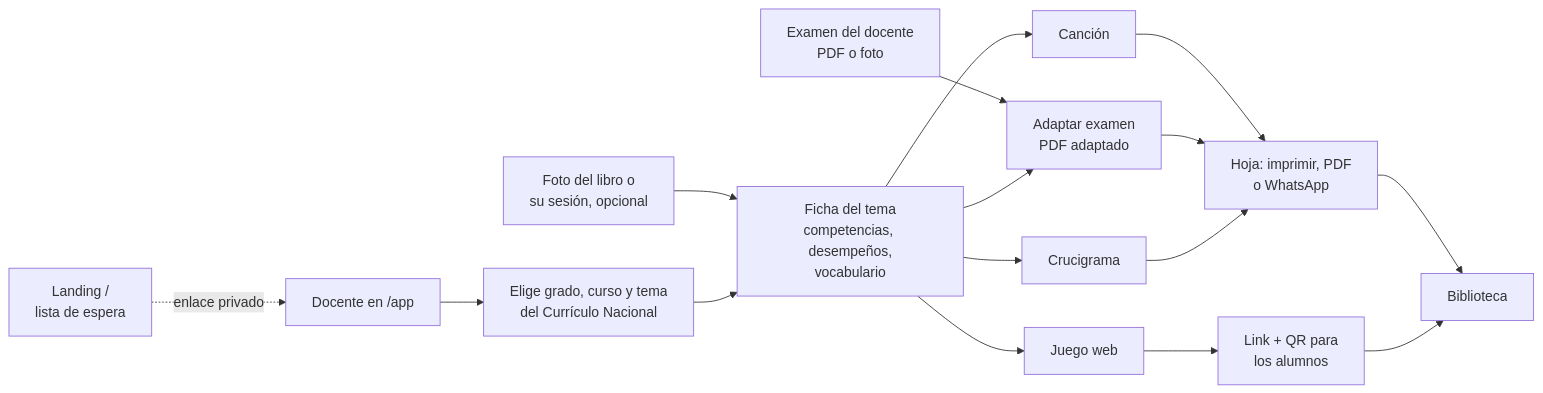
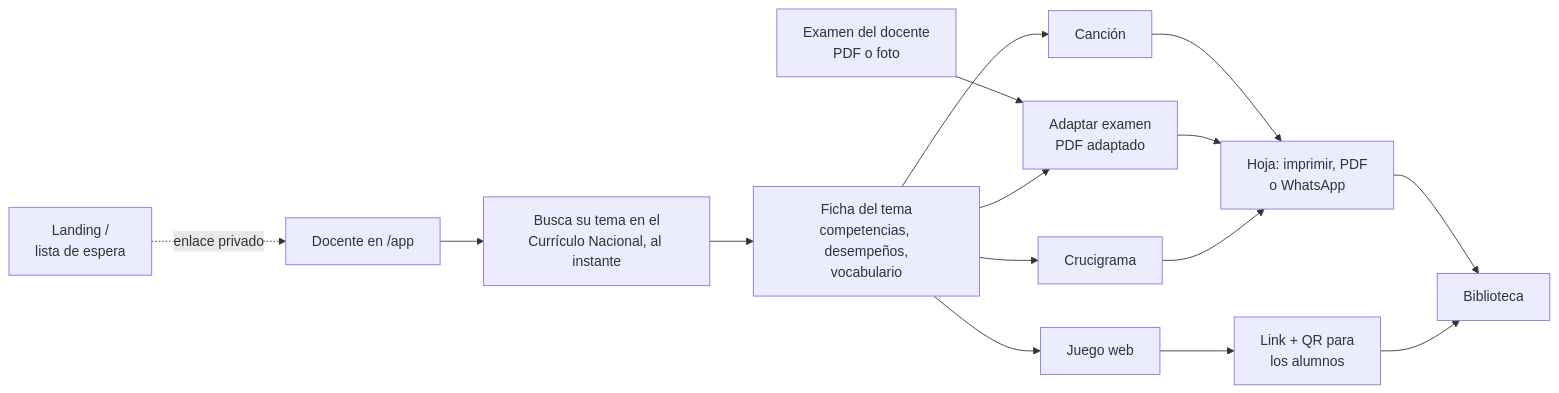
Before and after one commit to Hecze/supermentes: the diagram in obsidian/MAPA.md, drawn with Mermaid. The commit also changed other lines of this file and 17 other files, not shown here.

First line of the commit message:
Tema al instante y buscador simple; arregla las funciones con IA en producción

````diff
--- a/obsidian/MAPA.md
+++ b/obsidian/MAPA.md
@@ -12,15 +12,14 @@
 ```mermaid
 flowchart LR
   L[Landing /<br/>lista de espera] -. enlace privado .-> A
-  A[Docente en /app] --> T[Elige grado, curso y tema<br/>del Currículo Nacional]
-  F[Foto del libro o<br/>su sesión, opcional] --> FI
+  A[Docente en /app] --> T[Busca su tema en el<br/>Currículo Nacional, al instante]
   T --> FI[Ficha del tema<br/>competencias, desempeños,<br/>vocabulario]
   FI --> C[Canción]
   EX[Examen del docente<br/>PDF o foto] --> E[Adaptar examen<br/>PDF adaptado]
   FI --> E
   FI --> J[Juego web]
   FI --> X[Crucigrama]
   C & E & X --> H[Hoja: imprimir, PDF<br/>o WhatsApp]
   J --> Q[Link + QR para<br/>los alumnos]
   H & Q --> B[Biblioteca]
 ```
````
